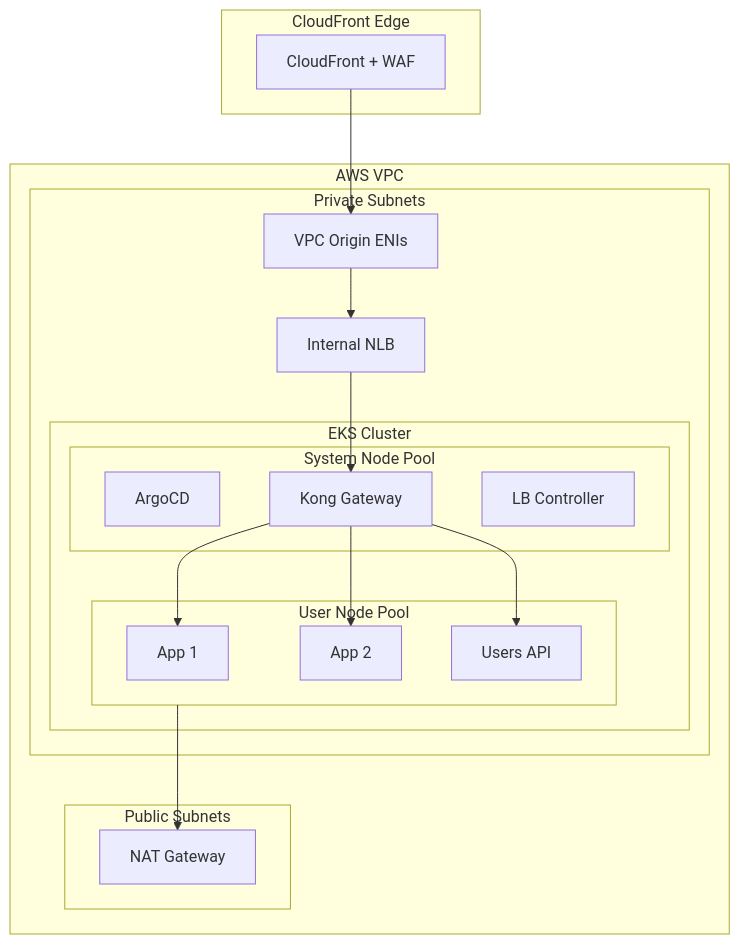
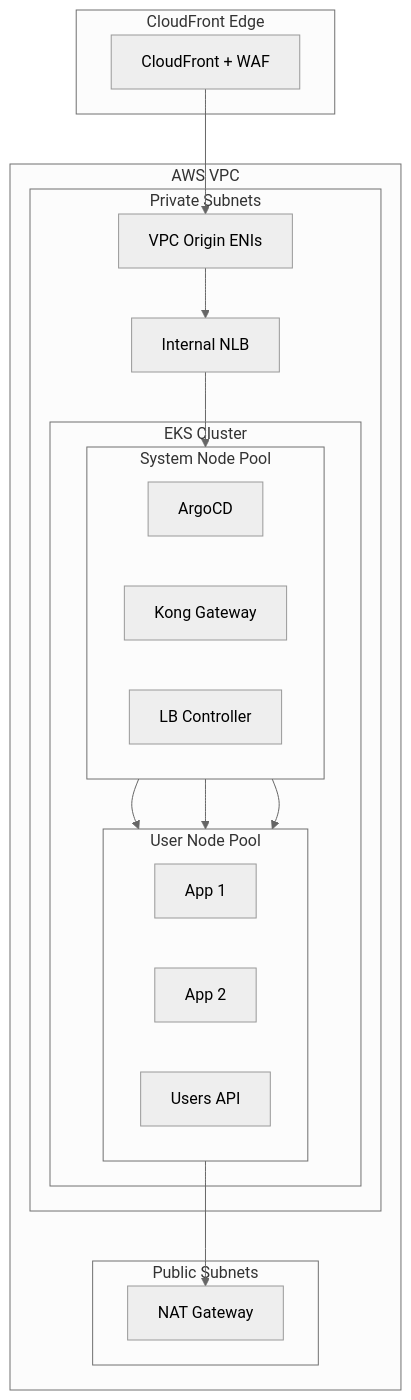
The seventh of 12 diagrams in README.md (shanaka-versent/EKS-Kong-GatewayAPI-Demo), drawn with Mermaid before and after one commit. The commit also changed other lines of this file, not shown here.

First line of the commit message:
Update all Mermaid diagrams: grayscale theme, horizontal alignment, clean labels

````diff
--- a/README.md
+++ b/README.md
@@ -383,39 +390,42 @@
 ```mermaid
+%%{init: {'theme': 'neutral'}}%%
 flowchart TB
     subgraph Edge["CloudFront Edge"]
         CF["CloudFront + WAF"]
     end
 
     subgraph VPC["AWS VPC"]
         subgraph PubSub["Public Subnets"]
             NAT["NAT Gateway"]
         end
 
         subgraph PrivSub["Private Subnets"]
             VPCOrigin["VPC Origin ENIs"]
             NLB["Internal NLB"]
 
             subgraph EKS["EKS Cluster"]
                 subgraph SysNodes["System Node Pool"]
+                    direction LR
                     ArgoCD["ArgoCD"]
                     Kong["Kong Gateway"]
                     LBC["LB Controller"]
                 end
 
                 subgraph UserNodes["User Node Pool"]
+                    direction LR
                     App1["App 1"]
                     App2["App 2"]
                     API["Users API"]
                 end
             end
         end
     end
 
     CF --> VPCOrigin
     VPCOrigin --> NLB
     NLB --> Kong
     Kong --> App1
     Kong --> App2
     Kong --> API
     UserNodes --> NAT
 ```
````
